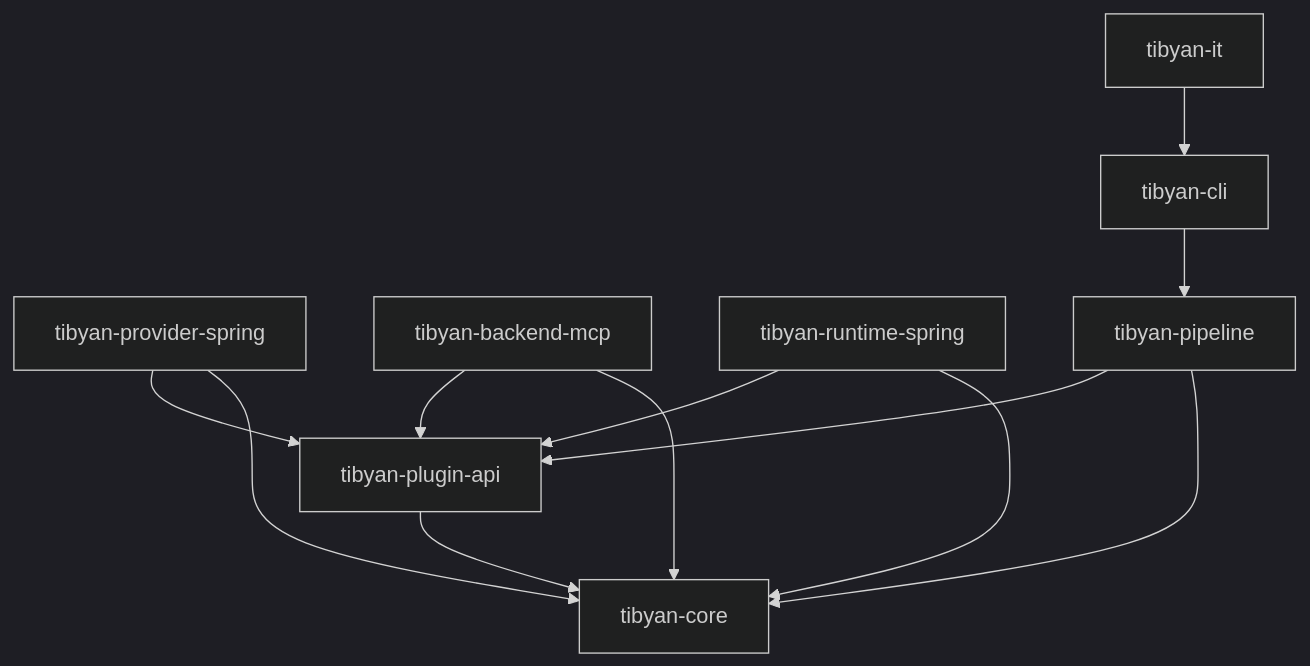
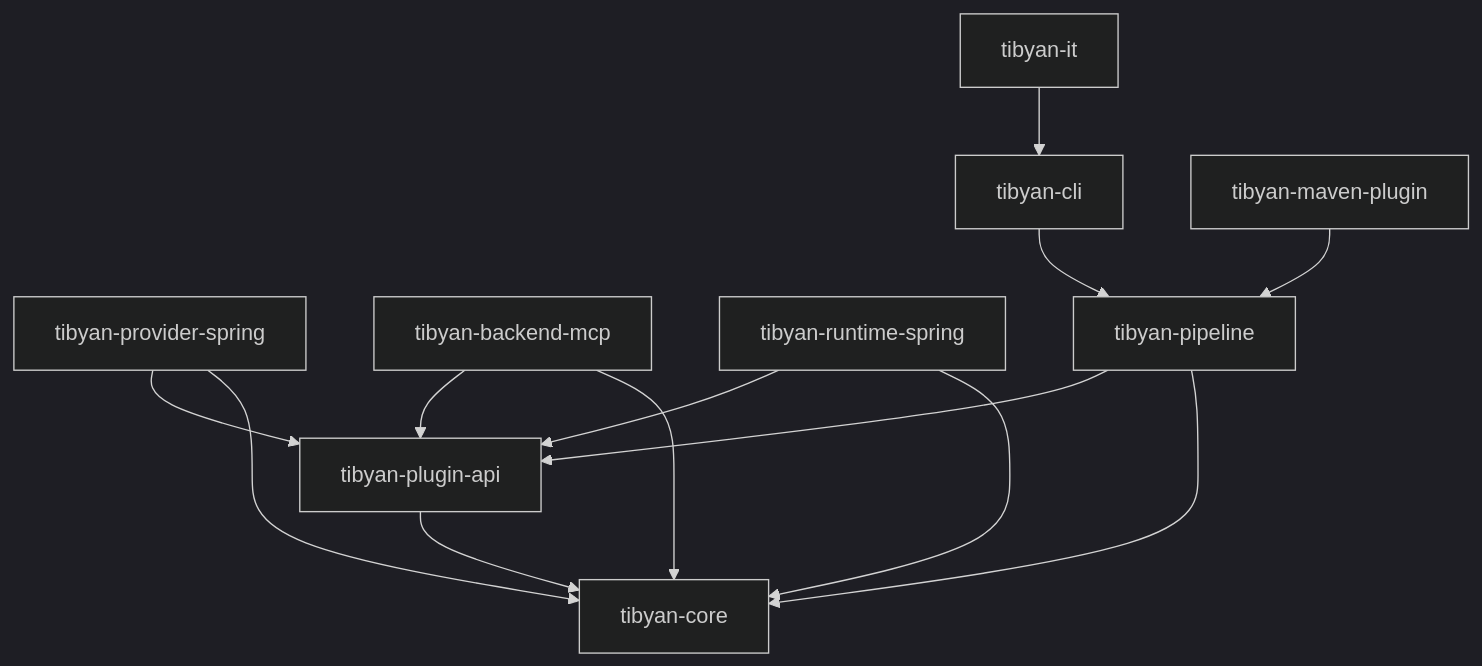
One commit to Tibyaan-org/tibyaan changed the diagram in docs/volume-12-project-structure.md. Above: the diagram before and after it, drawn with Mermaid (dark theme). The commit also changed other lines of this file and 14 other files, not shown here.

````diff
--- a/docs/volume-12-project-structure.md
+++ b/docs/volume-12-project-structure.md
@@ -115,14 +123,15 @@
 ```mermaid
 flowchart TD
     PA[tibyan-plugin-api] --> C[tibyan-core]
     PS[tibyan-provider-spring] --> PA
     PS --> C
     BM[tibyan-backend-mcp] --> PA
     BM --> C
     RS[tibyan-runtime-spring] --> PA
     RS --> C
     PIPE[tibyan-pipeline] --> PA
     PIPE --> C
     CLI[tibyan-cli] --> PIPE
+    MVN[tibyan-maven-plugin] --> PIPE
     IT[tibyan-it] --> CLI
 ```
````
